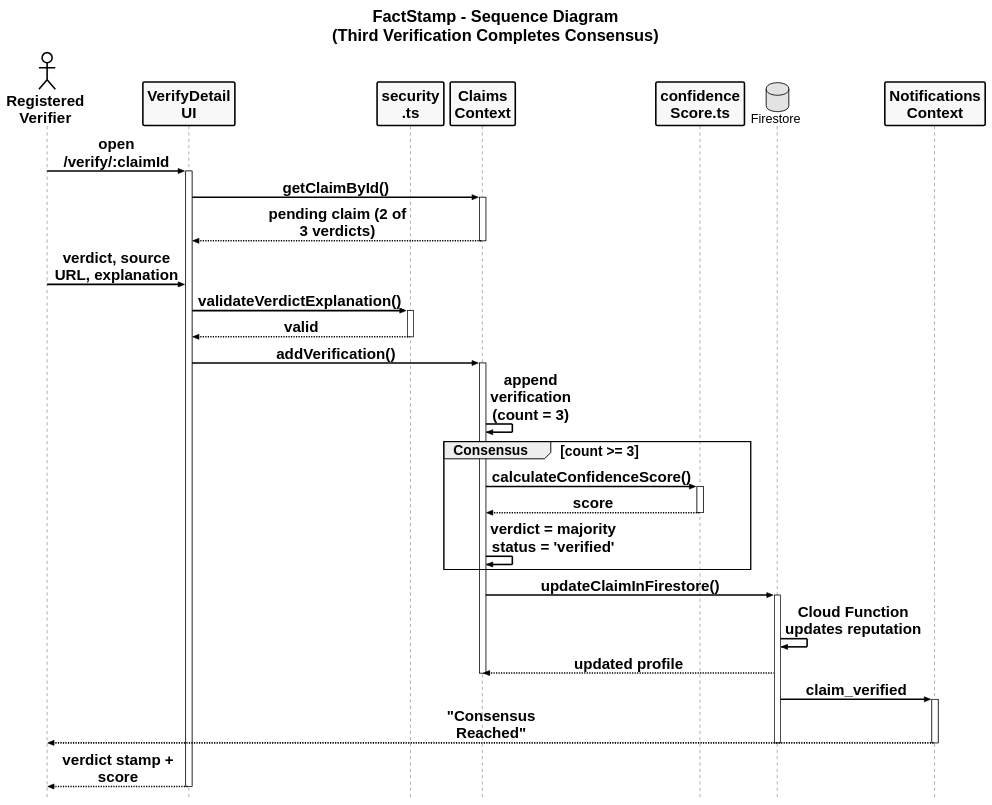
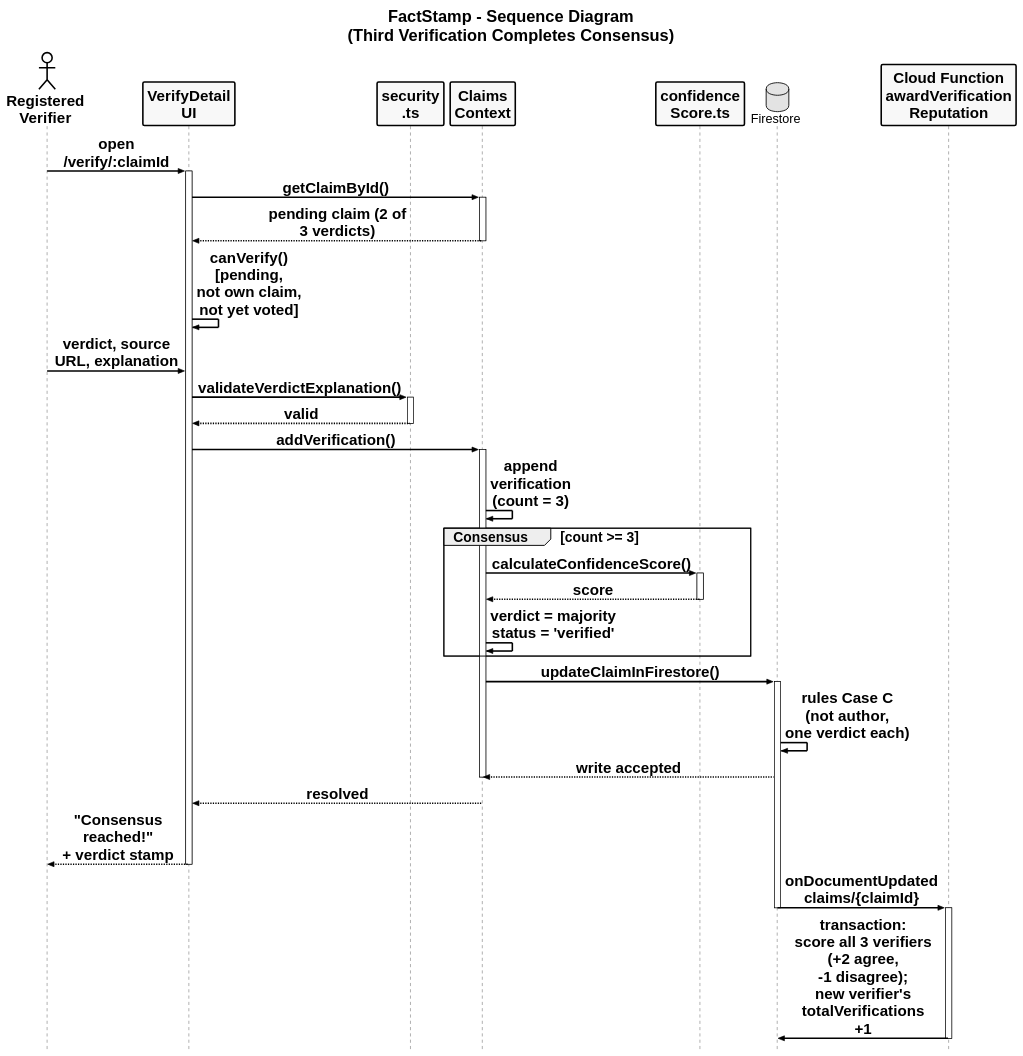
One commit to aadish0day/typst changed the diagram in FactStamp/main_blackbook/03_Requirements_and_Analysis/attachments/sequence_diagram.puml. Above: the diagram before and after it, drawn with PlantUML. The commit also changed 36 other files, not shown here.

First line of the commit message:
docs(FactStamp): reflect reputation cloud function in diagrams and wireframes

```diff
--- a/FactStamp/main_blackbook/03_Requirements_and_Analysis/attachments/sequence_diagram.puml
+++ b/FactStamp/main_blackbook/03_Requirements_and_Analysis/attachments/sequence_diagram.puml
@@ -1,99 +1,100 @@
 @startuml
 skinparam style strictuml
 skinparam monochrome true
 skinparam defaultFontName "Liberation Sans"
 skinparam defaultFontSize 20
 skinparam defaultFontStyle bold
 skinparam titleFontSize 26
 skinparam titleFontStyle bold
 
 skinparam backgroundColor white
 skinparam ArrowColor black
 skinparam ArrowThickness 2.5
 skinparam ArrowFontSize 17
 skinparam ArrowFontStyle bold
 
 skinparam UsecaseBorderColor black
 skinparam UsecaseBorderThickness 2.5
 skinparam UsecaseBackgroundColor #F8F9FA
 skinparam UsecaseFontSize 19
 skinparam UsecaseFontStyle bold
 
 skinparam ActorBorderColor black
 skinparam ActorBorderThickness 2.5
 skinparam ActorBackgroundColor #FFFFFF
 skinparam ActorFontSize 24
 skinparam ActorFontStyle bold
 
 skinparam RectangleBorderColor black
 skinparam RectangleBorderThickness 2.5
 skinparam RectangleBackgroundColor transparent
 skinparam RectangleFontSize 20
 skinparam RectangleFontStyle bold
 
 title FactStamp - Sequence Diagram\n(Third Verification Completes Consensus)
 
 skinparam ParticipantBorderColor black
 skinparam ParticipantBorderThickness 2.5
 skinparam ParticipantBackgroundColor #F8F9FA
 skinparam ParticipantFontSize 24
 skinparam ParticipantFontStyle bold
 skinparam SequenceLifeLineBorderColor black
 skinparam SequenceLifeLineBorderThickness 2.0
 skinparam SequenceMessageAlignment center
 skinparam ArrowFontSize 24
 skinparam NoteFontSize 17
 skinparam NoteFontStyle bold
 skinparam maxMessageSize 220
 skinparam SequenceGroupHeaderFontSize 22
 skinparam SequenceGroupFontSize 22
 hide footbox
 
 actor "Registered\nVerifier" as V
 participant "VerifyDetail\nUI" as UI
 participant "security\n.ts" as SEC
 participant "Claims\nContext" as CTX
 participant "confidence\nScore.ts" as CONF
 database "Firestore" as FS
-participant "Notifications\nContext" as NOTIF
+participant "Cloud Function\nawardVerification\nReputation" as CF
 
 V -> UI : open /verify/:claimId
 activate UI
 UI -> CTX : getClaimById()
 activate CTX
 CTX --> UI : pending claim (2 of 3 verdicts)
 deactivate CTX
+UI -> UI : canVerify()\n[pending,\nnot own claim,\nnot yet voted]
 
 V -> UI : verdict, source URL, explanation
 UI -> SEC : validateVerdictExplanation()
 activate SEC
 SEC --> UI : valid
 deactivate SEC
 
 UI -> CTX : addVerification()
 activate CTX
 CTX -> CTX : append verification\n(count = 3)
 
 group Consensus [count >= 3]
   CTX -> CONF : calculateConfidenceScore()
   activate CONF
   CONF --> CTX : score
   deactivate CONF
   CTX -> CTX : verdict = majority\nstatus = 'verified'
 end
 
 CTX -> FS : updateClaimInFirestore()
 activate FS
-FS -> FS : Cloud Function\nupdates reputation
-FS --> CTX : updated profile
+FS -> FS : rules Case C\n(not author,\none verdict each)
+FS --> CTX : write accepted
 deactivate CTX
+CTX --> UI : resolved
+UI --> V : "Consensus reached!"\n+ verdict stamp
+deactivate UI
 
-FS -> NOTIF : claim_verified
-activate NOTIF
-NOTIF --> V : "Consensus Reached"
-deactivate NOTIF
+FS -> CF : onDocumentUpdated\nclaims/{claimId}
 deactivate FS
-
-UI --> V : verdict stamp + score
-deactivate UI
+activate CF
+CF -> FS : transaction:\nscore all 3 verifiers\n(+2 agree,\n-1 disagree);\nnew verifier's\ntotalVerifications +1
+deactivate CF
 @enduml
```
